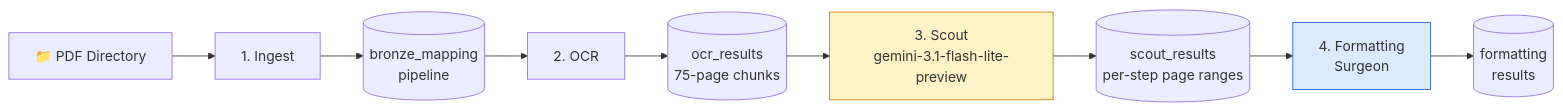
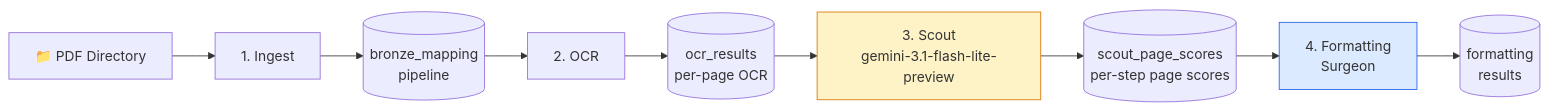
One commit to ArthurrMrv/research_ocr_pipeline changed the first of 8 diagrams in README.md. Above: the diagram before and after it, drawn with Mermaid. The commit also changed other lines of this file and 41 other files, not shown here.

````diff
--- a/README.md
+++ b/README.md
@@ -12,14 +12,14 @@
 ```mermaid
 flowchart LR
     A[📁 PDF Directory] --> B[1. Ingest]
     B --> C[(bronze_mapping\npipeline)]
     C --> D[2. OCR]
-    D --> E[(ocr_results\n75-page chunks)]
+    D --> E[(ocr_results\nper-page OCR)]
     E --> F[3. Scout\ngemini-3.1-flash-lite-preview]
-    F --> G[(scout_results\nper-step page ranges)]
+    F --> G[(scout_page_scores\nper-step page scores)]
     G --> H[4. Formatting\nSurgeon]
     H --> I[(formatting\nresults)]
 
     style F fill:#fef3c7,stroke:#d97706
     style H fill:#dbeafe,stroke:#2563eb
 ```
````
